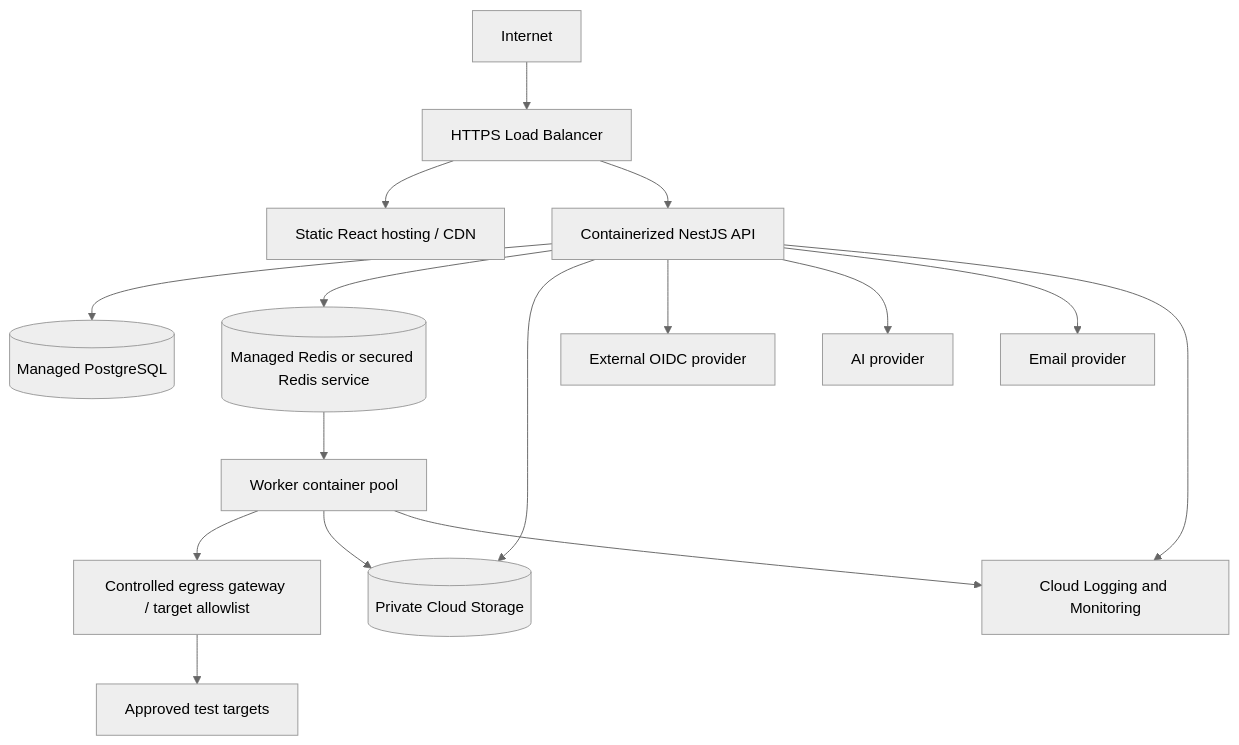
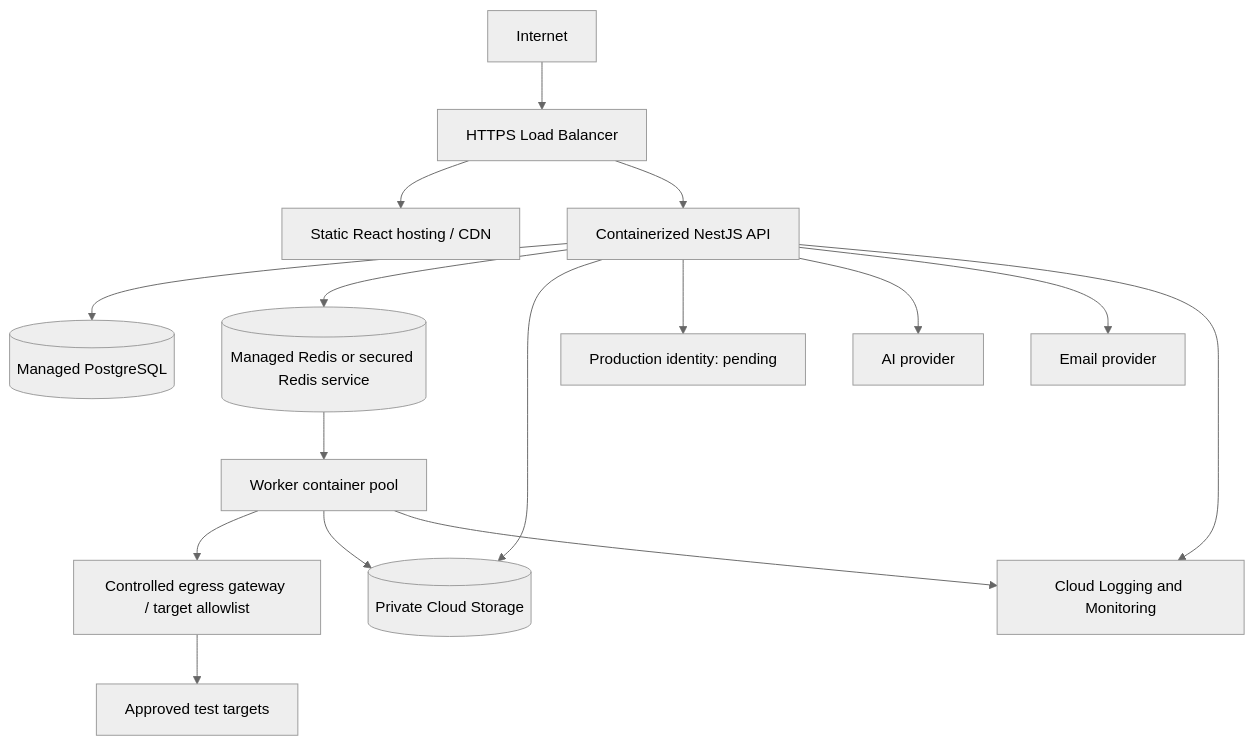
One commit to leeladhanabal/GenAIProject changed the third of 3 diagrams in Architecture.md. Above: the diagram before and after it, drawn with Mermaid (neutral theme). The commit also changed other lines of this file and 84 other files, not shown here.

````diff
--- a/Architecture.md
+++ b/Architecture.md
@@ -303,18 +304,18 @@
 ```mermaid
 flowchart TB
   Internet --> LB[HTTPS Load Balancer]
   LB --> FE[Static React hosting / CDN]
   LB --> API[Containerized NestJS API]
   API --> PG[(Managed PostgreSQL)]
   API --> REDIS[(Managed Redis or secured Redis service)]
   REDIS --> W[Worker container pool]
   W --> EGRESS[Controlled egress gateway / target allowlist]
   EGRESS --> TARGET[Approved test targets]
   API --> GCS[(Private Cloud Storage)]
   W --> GCS
-  API --> OIDC[External OIDC provider]
+  API --> OIDC[Production identity: pending]
   API --> AI[AI provider]
   API --> EMAIL[Email provider]
   API --> OBS[Cloud Logging and Monitoring]
   W --> OBS
 ```
````
